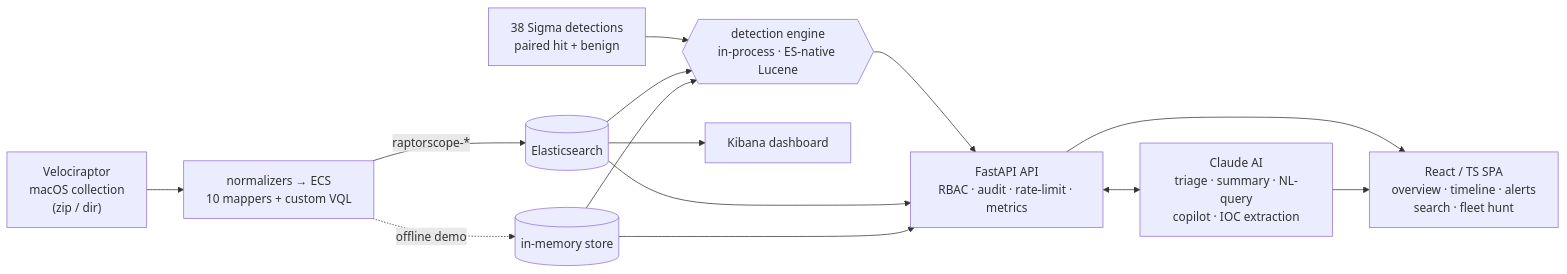
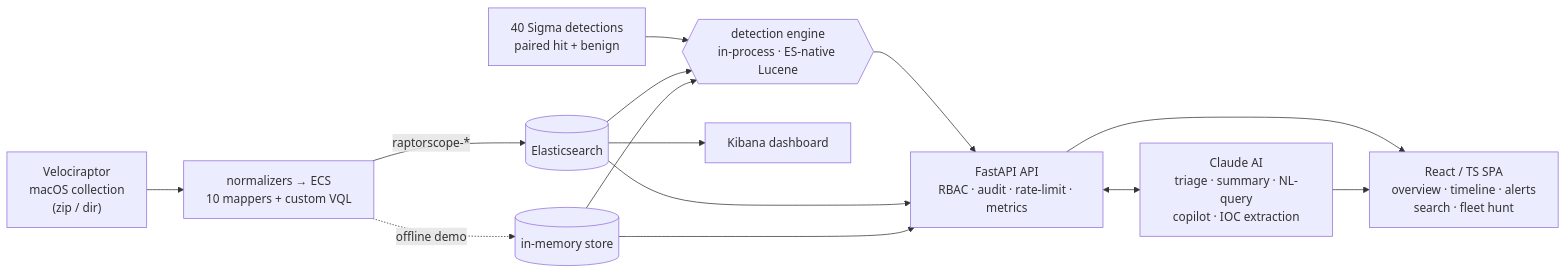
Before and after one commit to cac0ns3c/Raptorscope: the diagram in README.md, drawn with Mermaid. The commit also changed other lines of this file and 2 other files, not shown here.

First line of the commit message:
docs: surface raw-evidence ingestion; refresh counts (40 detections, 280 tests)

````diff
--- a/README.md
+++ b/README.md
@@ -49,16 +56,16 @@
 ```mermaid
 flowchart LR
   VR["Velociraptor<br/>macOS collection<br/>(zip / dir)"] --> N["normalizers → ECS<br/>10 mappers + custom VQL"]
   N -->|"raptorscope-*"| ES[("Elasticsearch")]
   N -.->|"offline demo"| MEM[("in-memory store")]
-  RULES["38 Sigma detections<br/>paired hit + benign"] --> DET
+  RULES["40 Sigma detections<br/>paired hit + benign"] --> DET
   ES --> DET{{"detection engine<br/>in-process · ES-native Lucene"}}
   MEM --> DET
   DET --> API["FastAPI API<br/>RBAC · audit · rate-limit · metrics"]
   ES --> API
   MEM --> API
   API --> SPA["React / TS SPA<br/>overview · timeline · alerts<br/>search · fleet hunt"]
   API <--> AI["Claude AI<br/>triage · summary · NL-query<br/>copilot · IOC extraction"]
   AI --> SPA
   ES --> KB["Kibana dashboard"]
 ```
````
